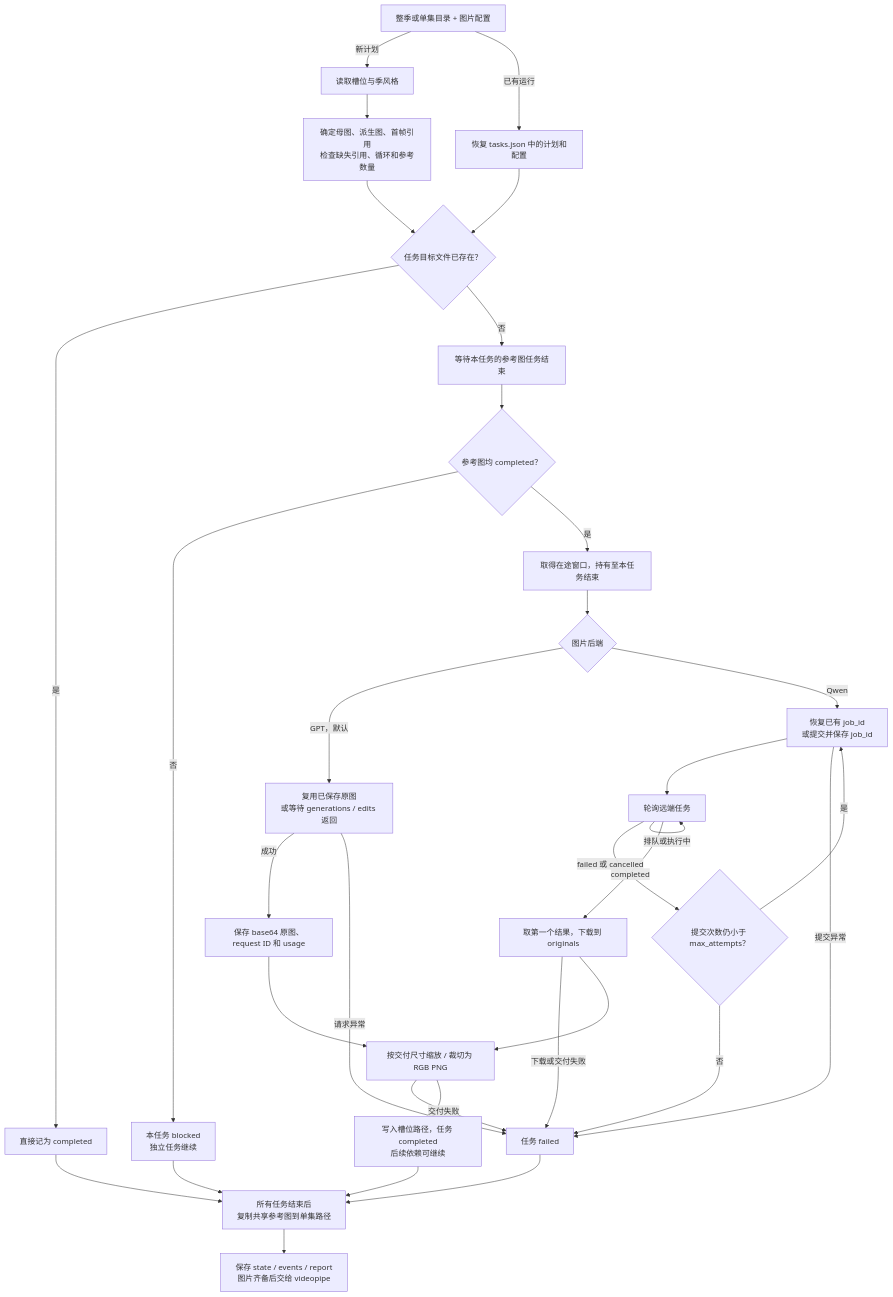
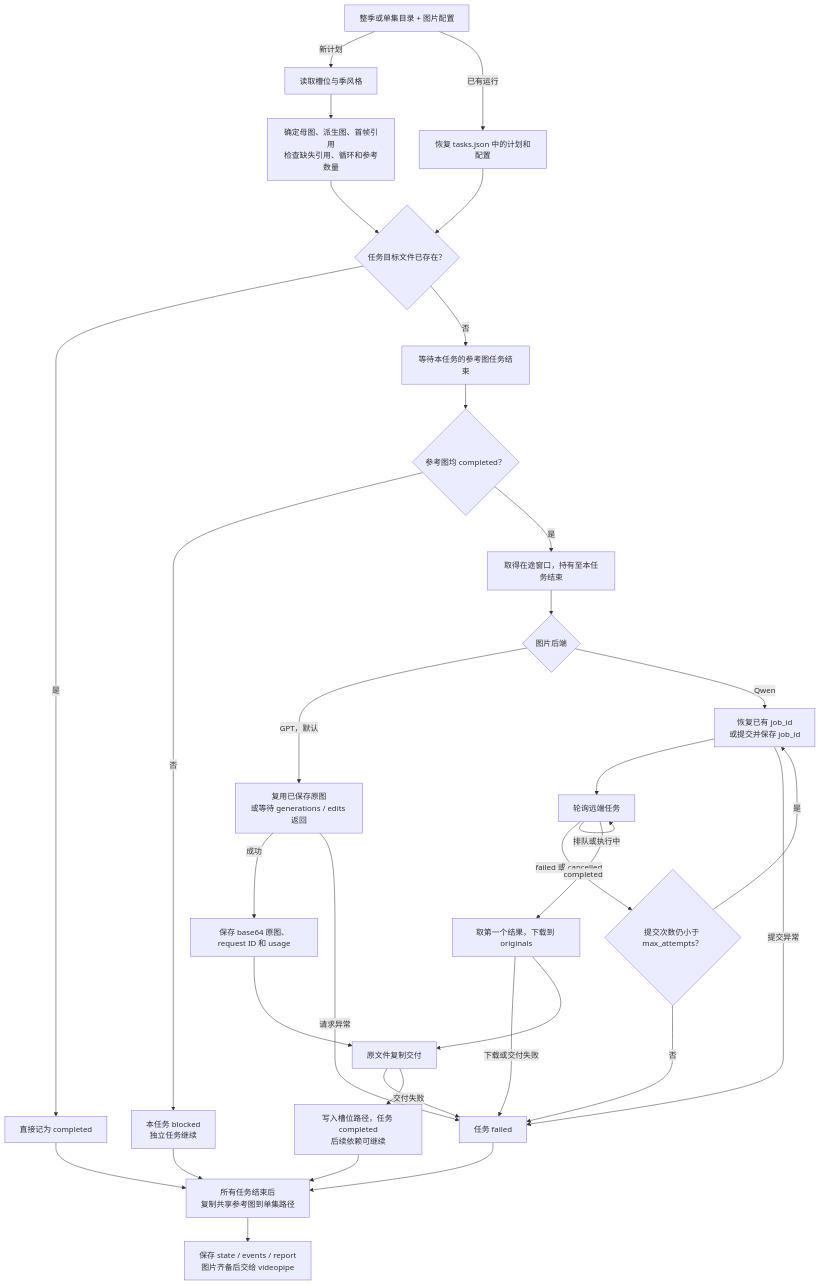
One commit to mtbnydx-dot/AI-AI-powered-local-fully-automated-video-workflow changed the second of 3 diagrams in docs/workflow.md. Above: the diagram before and after it, drawn with Mermaid. The commit also changed other lines of this file and 9 other files, not shown here.

````diff
--- a/docs/workflow.md
+++ b/docs/workflow.md
@@ -73,35 +73,35 @@
 ```mermaid
 flowchart TD
     I0["整季或单集目录 + 图片配置"] -->|新计划| I1["读取槽位与季风格"]
     I1 --> I2["确定母图、派生图、首帧引用<br/>检查缺失引用、循环和参考数量"]
     I2 --> I3{"任务目标文件已存在？"}
     I0 -->|已有运行| I17["恢复 tasks.json 中的计划和配置"]
     I17 --> I3
     I3 -->|是| I4["直接记为 completed"]
     I3 -->|否| I5["等待本任务的参考图任务结束"]
     I5 --> I6{"参考图均 completed？"}
     I6 -->|否| I7["本任务 blocked<br/>独立任务继续"]
     I6 -->|是| I16["取得在途窗口，持有至本任务结束"]
     I16 --> P{"图片后端"}
     P -->|GPT，默认| G["复用已保存原图<br/>或等待 generations / edits 返回"]
     G -->|成功| G1["保存 base64 原图、request ID 和 usage"]
     G -->|请求异常| I11
-    G1 --> D["按交付尺寸缩放 / 裁切为 RGB PNG"]
+    G1 --> D["原文件复制交付"]
     P -->|Qwen| I8["恢复已有 job_id<br/>或提交并保存 job_id"]
     I8 --> I9["轮询远端任务"]
     I9 -->|排队或执行中| I9
     I9 -->|failed 或 cancelled| I10{"提交次数仍小于 max_attempts？"}
     I10 -->|是| I8
     I10 -->|否| I11["任务 failed"]
     I9 -->|completed| I12["取第一个结果，下载到 originals"]
     I8 -->|提交异常| I11
     I12 -->|下载或交付失败| I11
     I12 --> D
     D -->|交付失败| I11
     D --> I13["写入槽位路径，任务 completed<br/>后续依赖可继续"]
     I4 --> I14["所有任务结束后<br/>复制共享参考图到单集路径"]
     I7 --> I14
     I11 --> I14
     I13 --> I14
     I14 --> I15["保存 state / events / report<br/>图片齐备后交给 videopipe"]
 ```
````
